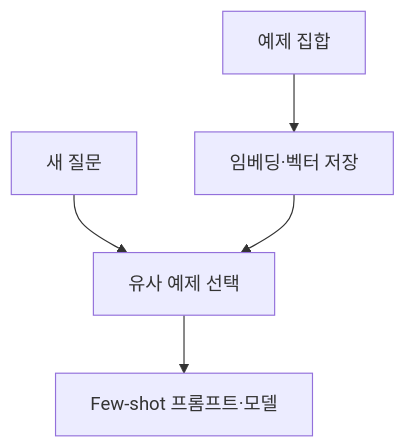
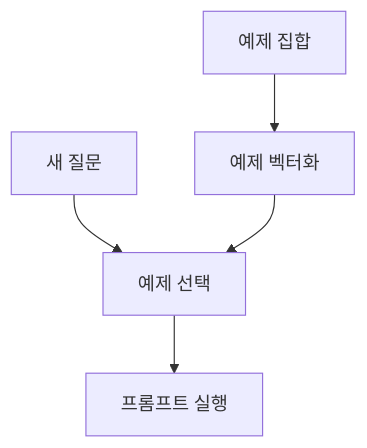
Before and after one commit to umyunsang/edu: the diagram in ComputerScience/03_ai-ml-data/large-language-models/notes/82. Few-shot 프롬프트·모델·출력 파서와 도구.md, drawn with Mermaid. The commit also changed other lines of this file and 1 other file, not shown here.

Commit message:
Auto-save: Updated ComputerScience/03_ai-ml-data/large-language-models/notes/109. 개발 환경·API 키와 보충 사례.md, ComputerScience/03_ai-ml-data/large-language-models/notes/82. Few-shot 프롬프트·모델·출력 파서와 도구.md

````diff
--- a/ComputerScience/03_ai-ml-data/large-language-models/notes/82. Few-shot 프롬프트·모델·출력 파서와 도구.md
+++ b/ComputerScience/03_ai-ml-data/large-language-models/notes/82. Few-shot 프롬프트·모델·출력 파서와 도구.md
@@ -40,7 +40,7 @@
 ```mermaid
 flowchart TB
-  A["예제 집합"] --> B["임베딩·벡터 저장"]
-  C["새 질문"] --> D["유사 예제 선택"]
+  A["예제 집합"] --> B["예제 벡터화"]
+  C["새 질문"] --> D["예제 선택"]
   B --> D
-  D --> E["Few-shot 프롬프트·모델"]
+  D --> E["프롬프트 실행"]
 ```
````
